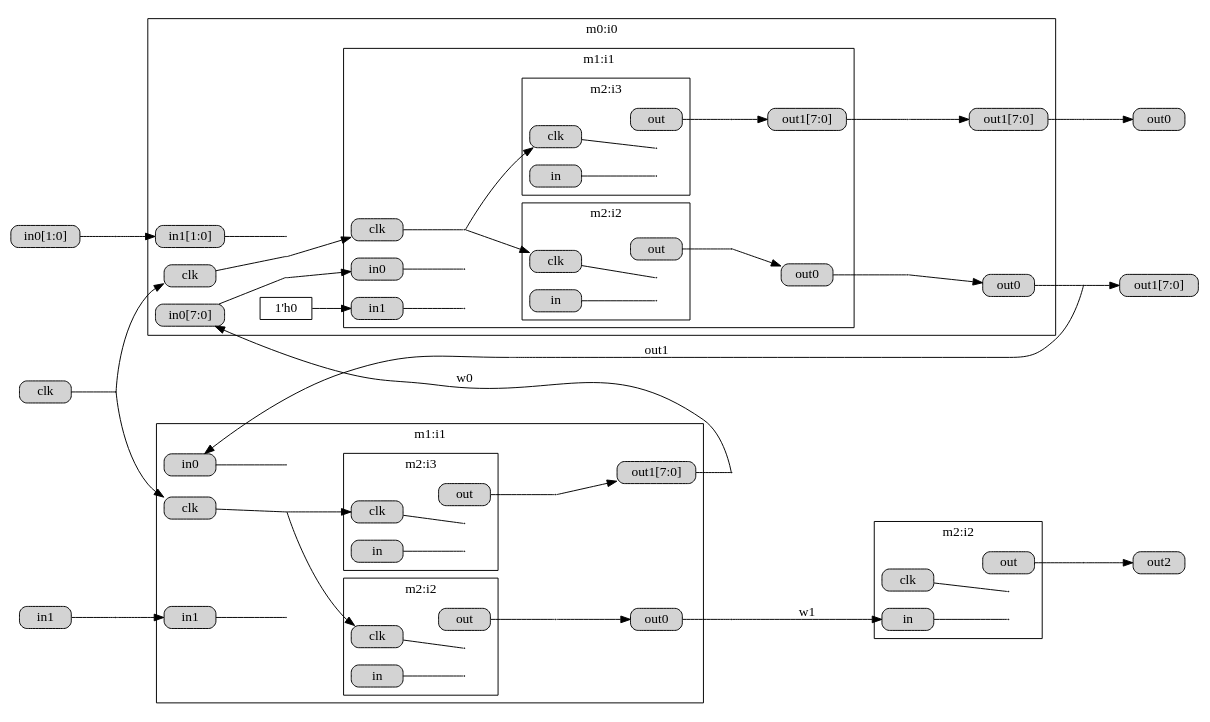
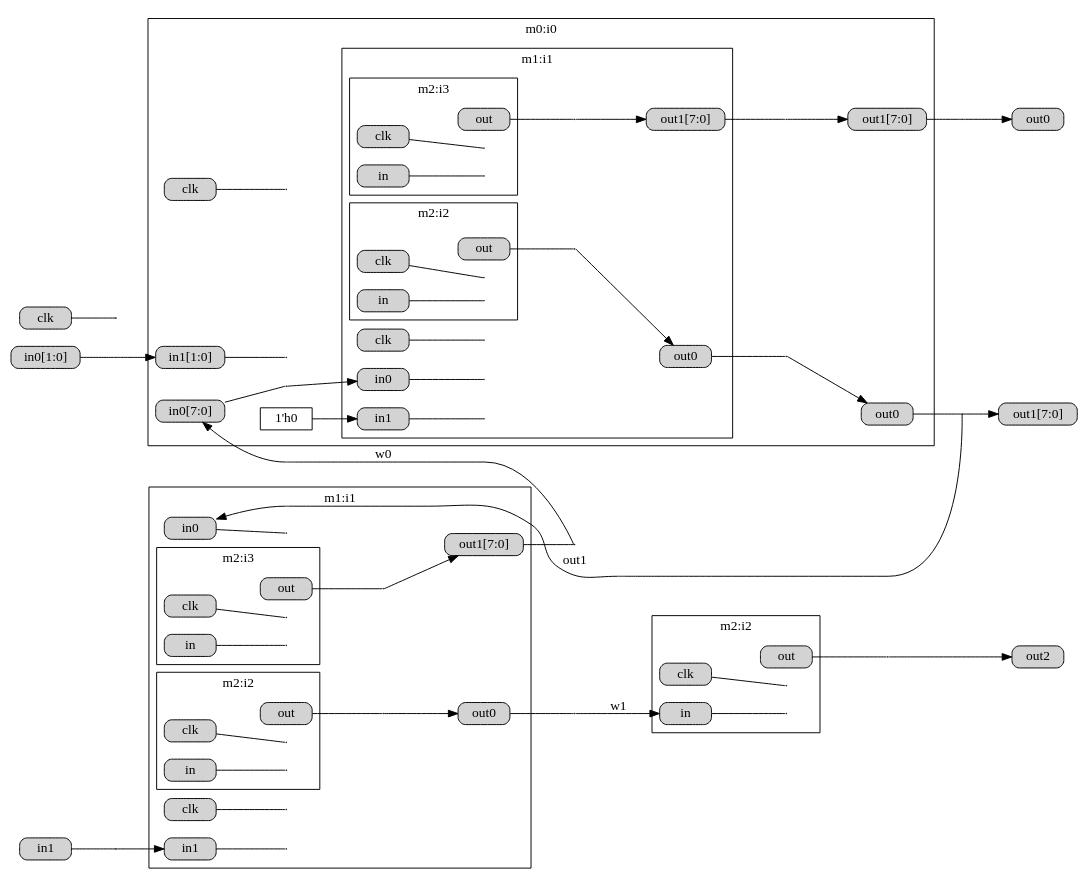
The diagram in out.dot (takata150802/netlistracer), drawn with Graphviz before and after one commit. The commit also changed 1 other file, not shown here.

```diff
--- a/out.dot
+++ b/out.dot
@@ -1,184 +1,177 @@
 
 digraph {
     rankdir="LR";
     overlap = false;
     splines = true;
     node [shape = box, height=0.1];
     edge [labelfloat=false];
 
 subgraph cluster0 {
   graph [label = "m0:i0"];
 tmp0[width=0.0, height=0.0, shape=point];
 subgraph cluster1 {
   graph [label = "m1:i1"];
 tmp1[width=0.0, height=0.0, shape=point];
 subgraph cluster2 {
   graph [label = "m2:i2"];
 tmp2[width=0.0, height=0.0, shape=point];
 _i0_i1_i2_clk[label = "clk", style = "rounded,filled"];
 _i0_i1_i2_in[label = "in", style = "rounded,filled"];
 _i0_i1_i2_out[label = "out", style = "rounded,filled"];
 _i0_i1_i2_clk_input_br[width=0.01, height=0.01, shape=point];
 _i0_i1_i2_clk -> _i0_i1_i2_clk_input_br[dir = none];
 _i0_i1_i2_in_input_br[width=0.01, height=0.01, shape=point];
 _i0_i1_i2_in -> _i0_i1_i2_in_input_br[dir = none];
 }
 _i0_i1_i2_out_output_br[width=0.01, height=0.01, shape=point];
 _i0_i1_i2_out -> _i0_i1_i2_out_output_br[dir = none, weight = 10];
 tmp2 -> _i0_i1_i2_out[dir = none, style=invis, weight = 0, labelfloat = true];
 subgraph cluster3 {
   graph [label = "m2:i3"];
 tmp3[width=0.0, height=0.0, shape=point];
 _i0_i1_i3_clk[label = "clk", style = "rounded,filled"];
 _i0_i1_i3_in[label = "in", style = "rounded,filled"];
 _i0_i1_i3_out[label = "out", style = "rounded,filled"];
 _i0_i1_i3_clk_input_br[width=0.01, height=0.01, shape=point];
 _i0_i1_i3_clk -> _i0_i1_i3_clk_input_br[dir = none];
 _i0_i1_i3_in_input_br[width=0.01, height=0.01, shape=point];
 _i0_i1_i3_in -> _i0_i1_i3_in_input_br[dir = none];
 }
 _i0_i1_i3_out_output_br[width=0.01, height=0.01, shape=point];
 _i0_i1_i3_out -> _i0_i1_i3_out_output_br[dir = none, weight = 10];
 tmp3 -> _i0_i1_i3_out[dir = none, style=invis, weight = 0, labelfloat = true];
 _i0_i1_clk[label = "clk", style = "rounded,filled"];
 _i0_i1_in0[label = "in0", style = "rounded,filled"];
 _i0_i1_in1[label = "in1", style = "rounded,filled"];
 _i0_i1_out0[label = "out0", style = "rounded,filled"];
 _i0_i1_out1[label = "out1[7:0]", style = "rounded,filled"];
 _i0_i1_clk_input_br[width=0.01, height=0.01, shape=point];
 _i0_i1_clk -> _i0_i1_clk_input_br[dir = none];
 _i0_i1_in0_input_br[width=0.01, height=0.01, shape=point];
 _i0_i1_in0 -> _i0_i1_in0_input_br[dir = none];
 _i0_i1_in1_input_br[width=0.01, height=0.01, shape=point];
 _i0_i1_in1 -> _i0_i1_in1_input_br[dir = none];
 _i0_i1_i2_out_output_br -> _i0_i1_out0[label = ""];
 _i0_i1_i3_out_output_br -> _i0_i1_out1[label = ""];
-_i0_i1_clk_input_br -> _i0_i1_i2_clk[label = " "];
-_i0_i1_clk_input_br -> _i0_i1_i3_clk[label = " "];
 }
 _i0_i1_out0_output_br[width=0.01, height=0.01, shape=point];
 _i0_i1_out0 -> _i0_i1_out0_output_br[dir = none, weight = 10];
 tmp1 -> _i0_i1_out0[dir = none, style=invis, weight = 0, labelfloat = true];
 _i0_i1_out1_output_br[width=0.01, height=0.01, shape=point];
 _i0_i1_out1 -> _i0_i1_out1_output_br[dir = none, weight = 10];
 tmp1 -> _i0_i1_out1[dir = none, style=invis, weight = 0, labelfloat = true];
 _i0_clk[label = "clk", style = "rounded,filled"];
 _i0_in0[label = "in0[7:0]", style = "rounded,filled"];
 _i0_in1[label = "in1[1:0]", style = "rounded,filled"];
 _i0_out0[label = "out0", style = "rounded,filled"];
 _i0_out1[label = "out1[7:0]", style = "rounded,filled"];
 _i0_clk_input_br[width=0.01, height=0.01, shape=point];
 _i0_clk -> _i0_clk_input_br[dir = none];
 _i0_in0_input_br[width=0.01, height=0.01, shape=point];
 _i0_in0 -> _i0_in0_input_br[dir = none];
 _i0_in1_input_br[width=0.01, height=0.01, shape=point];
 _i0_in1 -> _i0_in1_input_br[dir = none];
 _i0_i1_out0_output_br -> _i0_out0[label = ""];
 _i0_i1_out1_output_br -> _i0_out1[label = ""];
-_i0_clk_input_br -> _i0_i1_clk[label = " "];
 _i0_in0_input_br -> _i0_i1_in0[label = " "];
 _i0_const_i1in1[label = "1'h0"];
 _i0_const_i1in1 -> _i0_i1_in1[label = " "];
 }
 _i0_out0_output_br[width=0.01, height=0.01, shape=point];
 _i0_out0 -> _i0_out0_output_br[dir = none, weight = 10];
 tmp0 -> _i0_out0[dir = none, style=invis, weight = 0, labelfloat = true];
 _i0_out1_output_br[width=0.01, height=0.01, shape=point];
 _i0_out1 -> _i0_out1_output_br[dir = none, weight = 10];
 tmp0 -> _i0_out1[dir = none, style=invis, weight = 0, labelfloat = true];
 subgraph cluster4 {
   graph [label = "m1:i1"];
 tmp4[width=0.0, height=0.0, shape=point];
 subgraph cluster5 {
   graph [label = "m2:i2"];
 tmp5[width=0.0, height=0.0, shape=point];
 _i1_i2_clk[label = "clk", style = "rounded,filled"];
 _i1_i2_in[label = "in", style = "rounded,filled"];
 _i1_i2_out[label = "out", style = "rounded,filled"];
 _i1_i2_clk_input_br[width=0.01, height=0.01, shape=point];
 _i1_i2_clk -> _i1_i2_clk_input_br[dir = none];
 _i1_i2_in_input_br[width=0.01, height=0.01, shape=point];
 _i1_i2_in -> _i1_i2_in_input_br[dir = none];
 }
 _i1_i2_out_output_br[width=0.01, height=0.01, shape=point];
 _i1_i2_out -> _i1_i2_out_output_br[dir = none, weight = 10];
 tmp5 -> _i1_i2_out[dir = none, style=invis, weight = 0, labelfloat = true];
 subgraph cluster6 {
   graph [label = "m2:i3"];
 tmp6[width=0.0, height=0.0, shape=point];
 _i1_i3_clk[label = "clk", style = "rounded,filled"];
 _i1_i3_in[label = "in", style = "rounded,filled"];
 _i1_i3_out[label = "out", style = "rounded,filled"];
 _i1_i3_clk_input_br[width=0.01, height=0.01, shape=point];
 _i1_i3_clk -> _i1_i3_clk_input_br[dir = none];
 _i1_i3_in_input_br[width=0.01, height=0.01, shape=point];
 _i1_i3_in -> _i1_i3_in_input_br[dir = none];
 }
 _i1_i3_out_output_br[width=0.01, height=0.01, shape=point];
 _i1_i3_out -> _i1_i3_out_output_br[dir = none, weight = 10];
 tmp6 -> _i1_i3_out[dir = none, style=invis, weight = 0, labelfloat = true];
 _i1_clk[label = "clk", style = "rounded,filled"];
 _i1_in0[label = "in0", style = "rounded,filled"];
 _i1_in1[label = "in1", style = "rounded,filled"];
 _i1_out0[label = "out0", style = "rounded,filled"];
 _i1_out1[label = "out1[7:0]", style = "rounded,filled"];
 _i1_clk_input_br[width=0.01, height=0.01, shape=point];
 _i1_clk -> _i1_clk_input_br[dir = none];
 _i1_in0_input_br[width=0.01, height=0.01, shape=point];
 _i1_in0 -> _i1_in0_input_br[dir = none];
 _i1_in1_input_br[width=0.01, height=0.01, shape=point];
 _i1_in1 -> _i1_in1_input_br[dir = none];
 _i1_i2_out_output_br -> _i1_out0[label = ""];
 _i1_i3_out_output_br -> _i1_out1[label = ""];
-_i1_clk_input_br -> _i1_i2_clk[label = " "];
-_i1_clk_input_br -> _i1_i3_clk[label = " "];
 }
 _i1_out0_output_br[width=0.01, height=0.01, shape=point];
 _i1_out0 -> _i1_out0_output_br[dir = none, weight = 10];
 tmp4 -> _i1_out0[dir = none, style=invis, weight = 0, labelfloat = true];
 _i1_out1_output_br[width=0.01, height=0.01, shape=point];
 _i1_out1 -> _i1_out1_output_br[dir = none, weight = 10];
 tmp4 -> _i1_out1[dir = none, style=invis, weight = 0, labelfloat = true];
 subgraph cluster7 {
   graph [label = "m2:i2"];
 tmp7[width=0.0, height=0.0, shape=point];
 _i2_clk[label = "clk", style = "rounded,filled"];
 _i2_in[label = "in", style = "rounded,filled"];
 _i2_out[label = "out", style = "rounded,filled"];
 _i2_clk_input_br[width=0.01, height=0.01, shape=point];
 _i2_clk -> _i2_clk_input_br[dir = none];
 _i2_in_input_br[width=0.01, height=0.01, shape=point];
 _i2_in -> _i2_in_input_br[dir = none];
 }
 _i2_out_output_br[width=0.01, height=0.01, shape=point];
 _i2_out -> _i2_out_output_br[dir = none, weight = 10];
 tmp7 -> _i2_out[dir = none, style=invis, weight = 0, labelfloat = true];
 _clk[label = "clk", style = "rounded,filled"];
 _in0[label = "in0[1:0]", style = "rounded,filled"];
 _in1[label = "in1", style = "rounded,filled"];
 _out0[label = "out0", style = "rounded,filled"];
 _out1[label = "out1[7:0]", style = "rounded,filled"];
 _out2[label = "out2", style = "rounded,filled"];
 _clk_input_br[width=0.01, height=0.01, shape=point];
 _clk -> _clk_input_br[dir = none];
 _in0_input_br[width=0.01, height=0.01, shape=point];
 _in0 -> _in0_input_br[dir = none];
 _in1_input_br[width=0.01, height=0.01, shape=point];
 _in1 -> _in1_input_br[dir = none];
 _i0_out1_output_br -> _out0[label = ""];
 _i0_out0_output_br -> _out1[label = ""];
 _i2_out_output_br -> _out2[label = ""];
-_clk_input_br -> _i0_clk[label = " "];
 _i1_out1_output_br -> _i0_in0[label = "w0"];
 _in0_input_br -> _i0_in1[label = " "];
-_clk_input_br -> _i1_clk[label = " "];
 _i0_out0_output_br -> _i1_in0[label = "out1"];
 _in1_input_br -> _i1_in1[label = " "];
 _i1_out0_output_br -> _i2_in[label = "w1"];
 {rank = min; _clk;}
 {rank = min; _in0;}
 {rank = min; _in1;}
 {rank = max; _out0;}
 {rank = max; _out1;}
 {rank = max; _out2;}
 }
```
